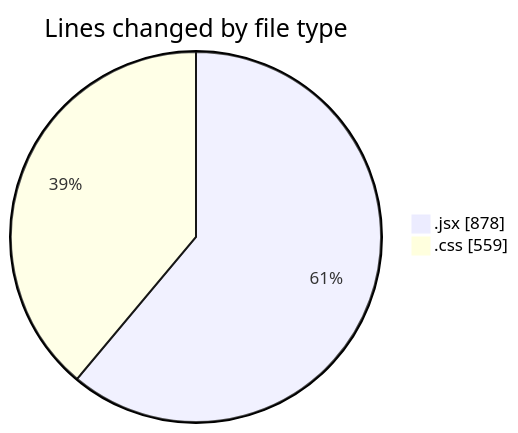
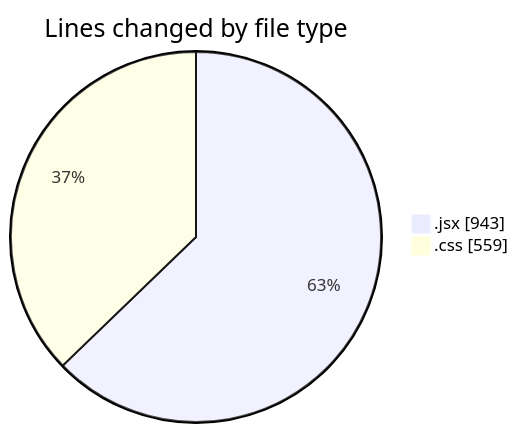
One commit to BS-eng2023/code-tracking changed the first of 2 diagrams in 2025-05-08/react/README.md. Above: the diagram before and after it, drawn with Mermaid. The commit also changed other lines of this file and 1 other file, not shown here.

````diff
--- a/2025-05-08/react/README.md
+++ b/2025-05-08/react/README.md
@@ -27,6 +27,6 @@
 ```mermaid
 pie showData
 title Lines changed by file type
-".jsx" : 878
+".jsx" : 943
 ".css" : 559
 ```
````
